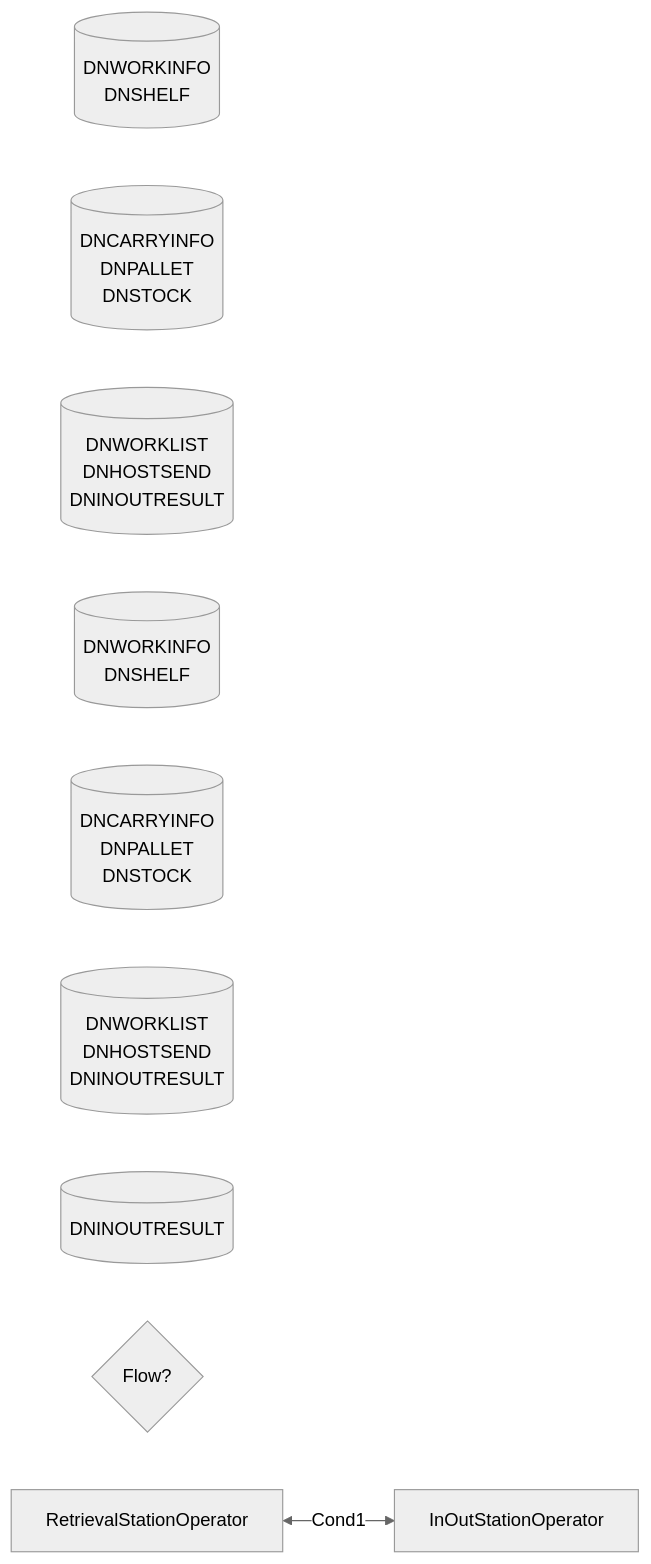
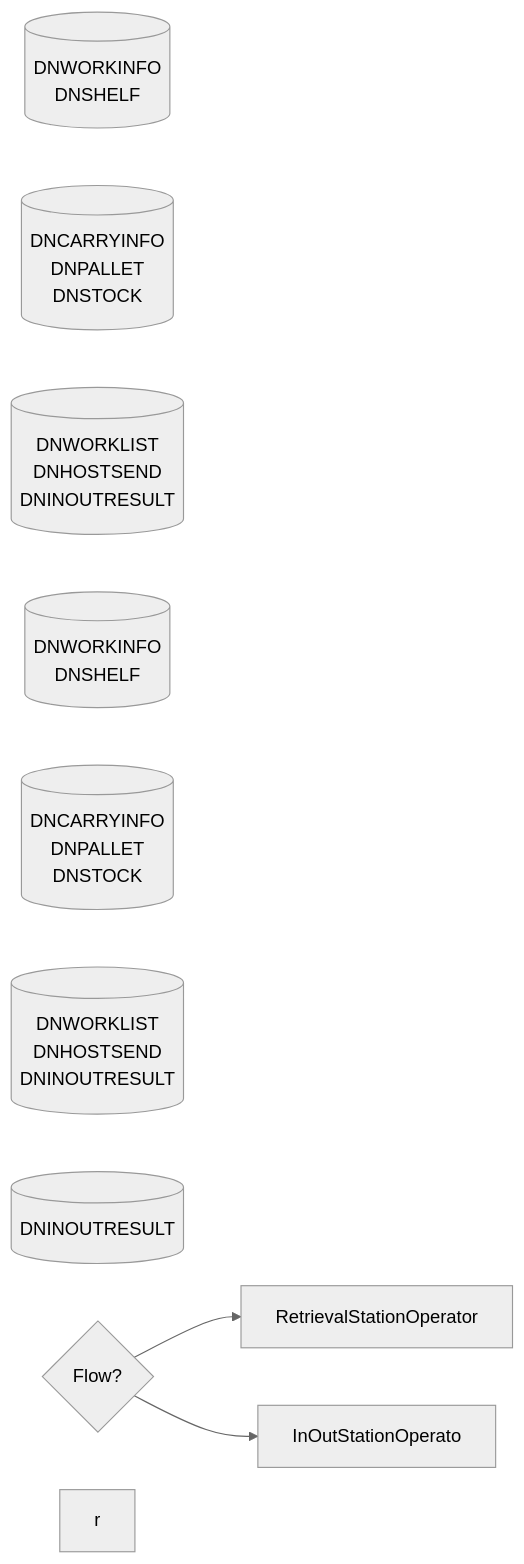
Before and after one commit to luthfiadityaa/SimeDarby-Wiki: diagram 20 of 20 in Basic-Design/DFD-WMS/Retrieval/Specific-Location-Retrieval-Setting.md, drawn with Mermaid (neutral theme).

Commit message:
Updated Specific Location Retrieval Setting

```diff
--- a/Basic-Design/DFD-WMS/Retrieval/Specific-Location-Retrieval-Setting.md
+++ b/Basic-Design/DFD-WMS/Retrieval/Specific-Location-Retrieval-Setting.md
@@ -853,45 +853,46 @@
 ::: mermaid
 flowchart LR
 
 id26-update[("
 DNWORKINFO
 DNSHELF
 ")]
 
 id26-delete[("
 DNCARRYINFO
 DNPALLET
 DNSTOCK
 ")]
 
 id26-insert[("
 DNWORKLIST
 DNHOSTSEND
 DNINOUTRESULT
 ")]
 
 id26-update2[("
 DNWORKINFO
 DNSHELF
 ")]
 
 id26-delete2[("
 DNCARRYINFO
 DNPALLET
 DNSTOCK
 ")]
 
 id26-insert3[("
 DNWORKLIST
 DNHOSTSEND
 DNINOUTRESULT
 ")]
 
 id26-insert2[("
 DNINOUTRESULT
 ")]
 
-Cond1{Flow?}
-RetrievalStationOperator <-- Cond1 --> InOutStationOperator 
+Cond1{Flow?} --> RetrievalStationOperator
+Cond1{Flow?} --> InOutStationOperato
+r 
 
 :::
```
